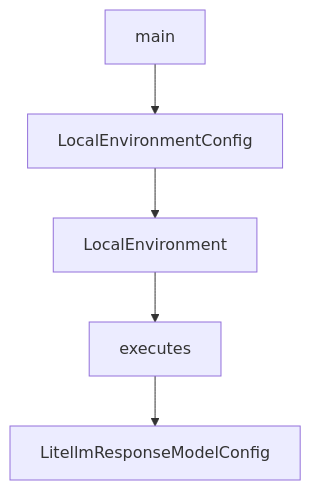
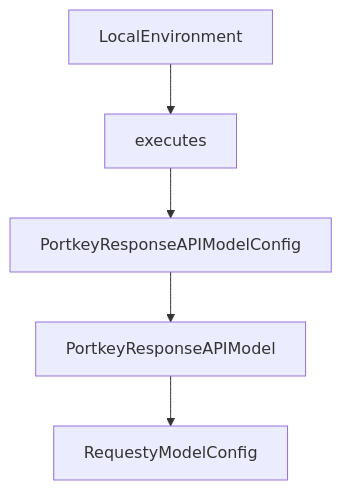
One commit to johnxie/awesome-code-docs changed the diagram in tutorials/mini-swe-agent-tutorial/08-contribution-workflow-and-governance.md. Above: the diagram before and after it, drawn with Mermaid. The commit also changed other lines of this file and 1232 other files, not shown here.

````diff
--- a/tutorials/mini-swe-agent-tutorial/08-contribution-workflow-and-governance.md
+++ b/tutorials/mini-swe-agent-tutorial/08-contribution-workflow-and-governance.md
@@ -213,12 +211,12 @@
 ```mermaid
 flowchart TD
-    A[main]
-    B[LocalEnvironmentConfig]
-    C[LocalEnvironment]
-    D[executes]
-    E[LitellmResponseModelConfig]
+    A[LocalEnvironment]
+    B[executes]
+    C[PortkeyResponseAPIModelConfig]
+    D[PortkeyResponseAPIModel]
+    E[RequestyModelConfig]
     A --> B
     B --> C
     C --> D
     D --> E
 ```
````
